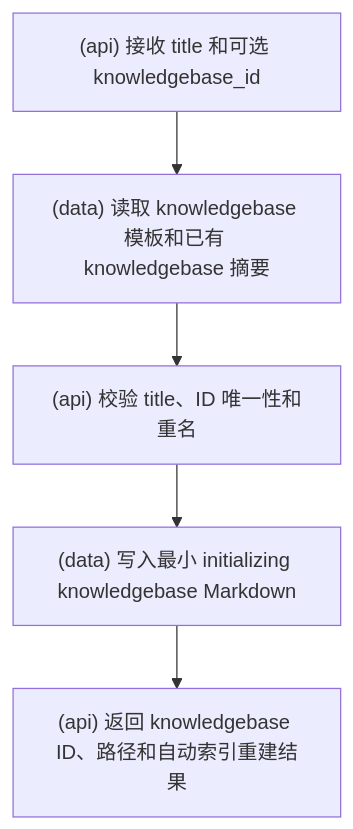
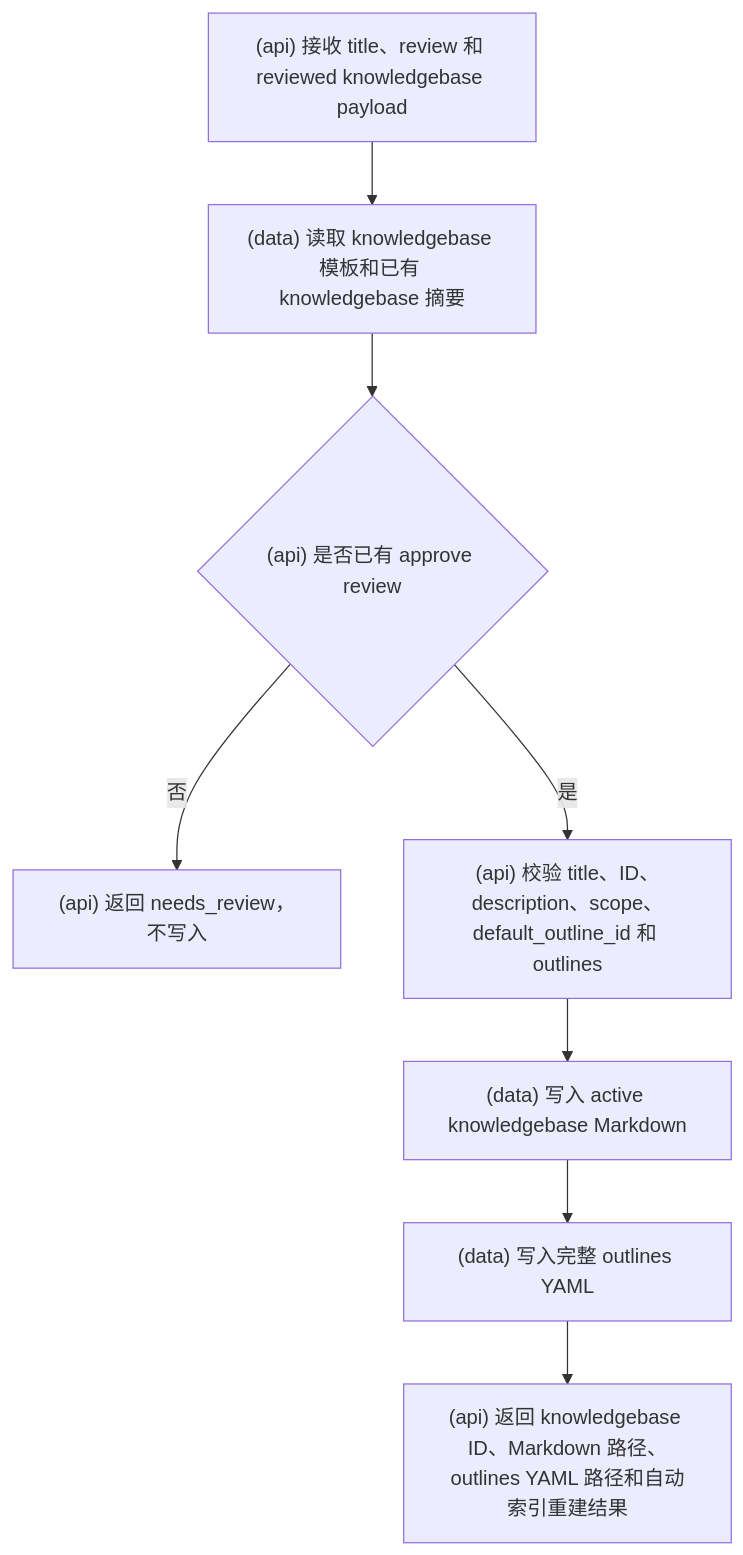
One commit to srangerme/KBManager changed diagram 12 of 21 in docs/流程图.md. Above: the diagram before and after it, drawn with Mermaid. The commit also changed other lines of this file and 13 other files, not shown here.

````diff
--- a/docs/流程图.md
+++ b/docs/流程图.md
@@ -168,7 +170,10 @@
 ```mermaid
 flowchart TD
-  A["(api) 接收 title 和可选 knowledgebase_id"] --> B["(data) 读取 knowledgebase 模板和已有 knowledgebase 摘要"]
-  B --> C["(api) 校验 title、ID 唯一性和重名"]
-  C --> D["(data) 写入最小 initializing knowledgebase Markdown"]
-  D --> E["(api) 返回 knowledgebase ID、路径和自动索引重建结果"]
+  A["(api) 接收 title、review 和 reviewed knowledgebase payload"] --> B["(data) 读取 knowledgebase 模板和已有 knowledgebase 摘要"]
+  B --> C{"(api) 是否已有 approve review"}
+  C -- 否 --> D["(api) 返回 needs_review，不写入"]
+  C -- 是 --> E["(api) 校验 title、ID、description、scope、default_outline_id 和 outlines"]
+  E --> F["(data) 写入 active knowledgebase Markdown"]
+  F --> G["(data) 写入完整 outlines YAML"]
+  G --> H["(api) 返回 knowledgebase ID、Markdown 路径、outlines YAML 路径和自动索引重建结果"]
 ```
````
